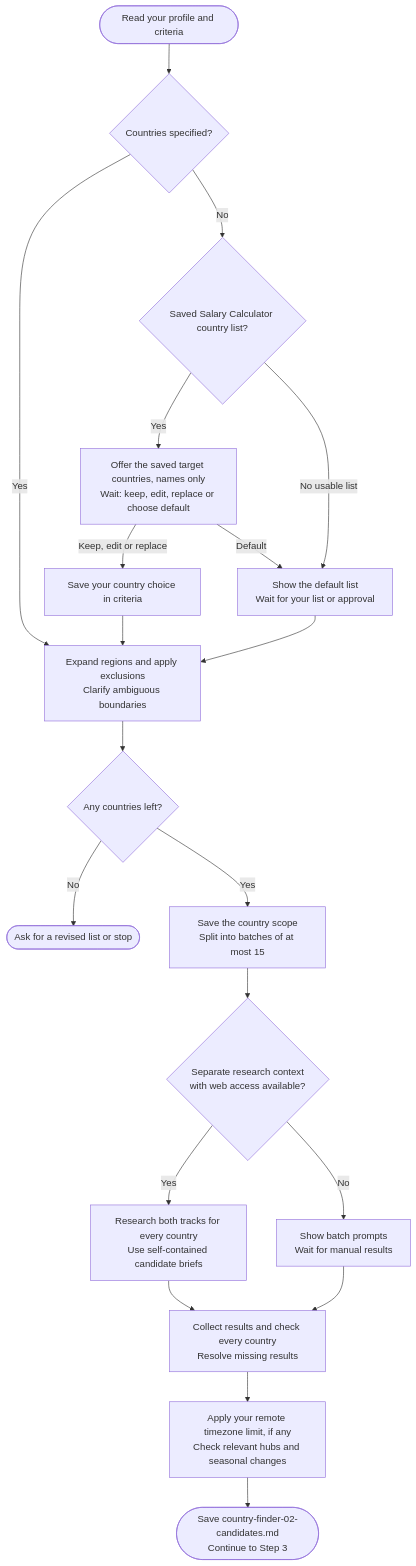
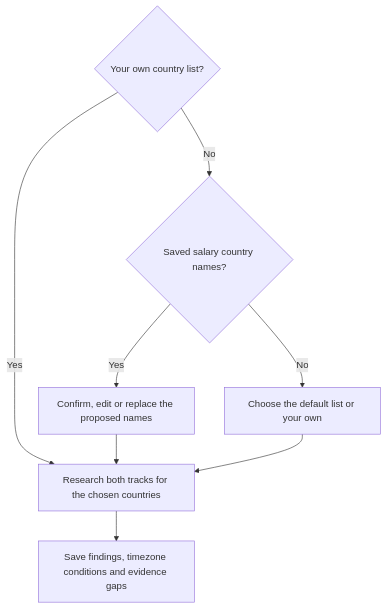
One commit to myowinthein/agent-compass changed the diagram in docs/commands/country-finder/step2-country-discovery.md. Above: the diagram before and after it, drawn with Mermaid. The commit also changed other lines of this file and 67 other files, not shown here.

````diff
--- a/docs/commands/country-finder/step2-country-discovery.md
+++ b/docs/commands/country-finder/step2-country-discovery.md
@@ -15,22 +19,10 @@
 ```mermaid
 flowchart TD
-  Start(["Read your profile and criteria"]) --> List{"Countries specified?"}
-  List -->|Yes| Scope["Expand regions and apply exclusions<br/>Clarify ambiguous boundaries"]
-  List -->|No| Salary{"Saved Salary Calculator country list?"}
-  Salary -->|Yes| Offer["Offer the saved target countries, names only<br/>Wait: keep, edit, replace or choose default"]
-  Offer -->|Keep, edit or replace| Confirm["Save your country choice in criteria"]
-  Confirm --> Scope
-  Offer -->|Default| Default["Show the default list<br/>Wait for your list or approval"]
-  Salary -->|No usable list| Default
-  Default --> Scope
-  Scope --> Empty{"Any countries left?"}
-  Empty -->|No| Revise(["Ask for a revised list or stop"])
-  Empty -->|Yes| Batch["Save the country scope<br/>Split into batches of at most 15"]
-  Batch --> Cap{"Separate research context<br/>with web access available?"}
-  Cap -->|Yes| Research["Research both tracks for every country<br/>Use self-contained candidate briefs"]
-  Cap -->|No| Manual["Show batch prompts<br/>Wait for manual results"]
-  Research --> Coverage["Collect results and check every country<br/>Resolve missing results"]
-  Manual --> Coverage
-  Coverage --> TZ["Apply your remote timezone limit, if any<br/>Check relevant hubs and seasonal changes"]
-  TZ --> Save(["Save country-finder-02-candidates.md<br/>Continue to Step 3"])
+  Scope{"Your own country list?"} -->|Yes| Research["Research both tracks for the chosen countries"]
+  Scope -->|No| Salary{"Saved salary country names?"}
+  Salary -->|Yes| Offer["Confirm, edit or replace the proposed names"]
+  Salary -->|No| Default["Choose the default list or your own"]
+  Offer --> Research
+  Default --> Research
+  Research --> Save["Save findings, timezone conditions and evidence gaps"]
 ```
````
